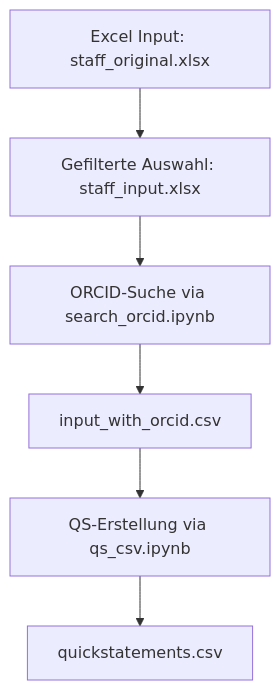
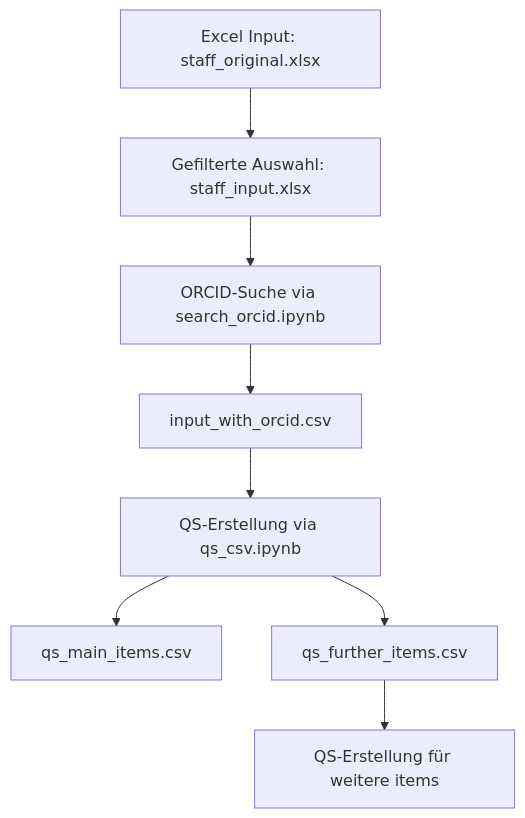
Before and after one commit to 47414e/dis18_project_wikidata_nfdi: the diagram in pipeline.mmd, drawn with Mermaid. The commit also changed 9 other files, not shown here.

Commit message:
Script und Pipeline für weitere Items erweitert

```diff
--- a/pipeline.mmd
+++ b/pipeline.mmd
@@ -1,6 +1,8 @@
 flowchart TD
     A[Excel Input: staff_original.xlsx] --> B[Gefilterte Auswahl: staff_input.xlsx]
     B --> C[ORCID-Suche via search_orcid.ipynb]
     C --> D[input_with_orcid.csv]
     D --> E[QS-Erstellung via qs_csv.ipynb]
-    E --> F[quickstatements.csv]
+    E --> F[qs_main_items.csv]
+    E --> G[qs_further_items.csv]
+    G --> H[QS-Erstellung für weitere items]
```
